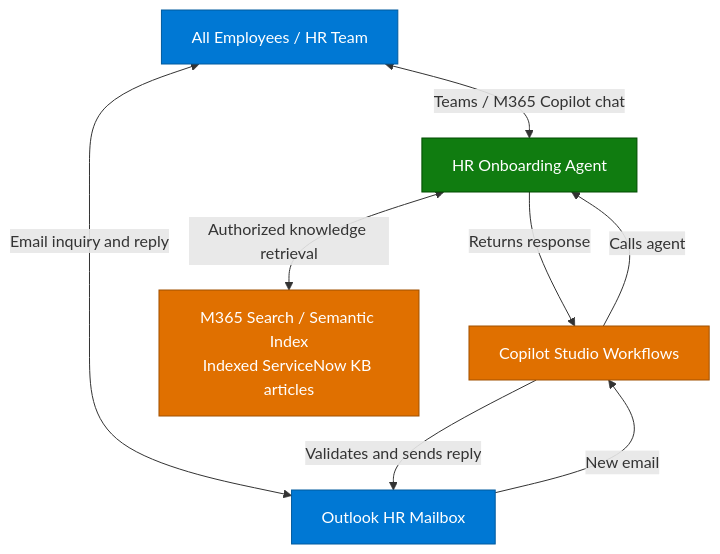
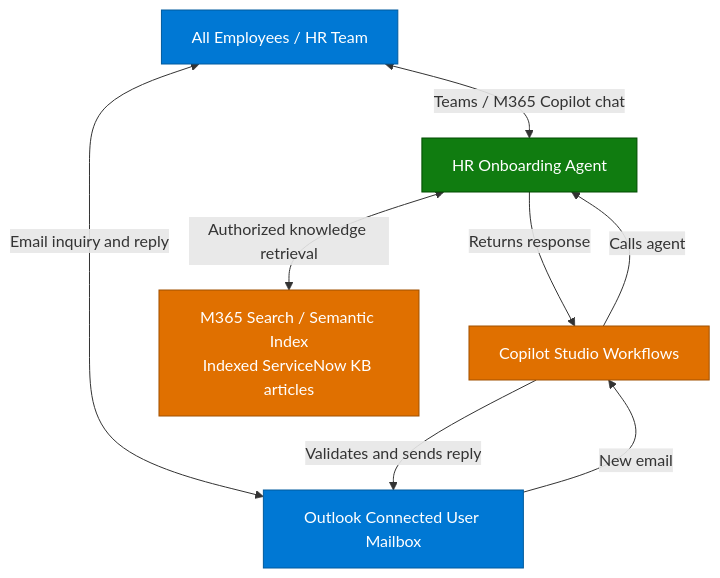
Before and after one commit to petepuu/ai-agent-runbooks: the diagram in 01-scenarios/HR-Onboarding-Agent-GHCP/1.Overview.md, drawn with Mermaid. The commit also changed other lines of this file and 9 other files, not shown here.

Commit message:
Use connected user mailbox and normal HR chat conversation

````diff
--- a/01-scenarios/HR-Onboarding-Agent-GHCP/1.Overview.md
+++ b/01-scenarios/HR-Onboarding-Agent-GHCP/1.Overview.md
@@ -52,22 +52,22 @@
 ```mermaid
 flowchart TD
     U["All Employees / HR Team"]
-    M["Outlook HR Mailbox"]
+    M["Outlook Connected User Mailbox"]
     W["Copilot Studio Workflows"]
     A["HR Onboarding Agent"]
     K["M365 Search / Semantic Index<br/>Indexed ServiceNow KB articles"]
 
     U <-->|"Teams / M365 Copilot chat"| A
     U <-->|"Email inquiry and reply"| M
     M -->|"New email"| W
     W -->|"Calls agent"| A
     A -->|"Returns response"| W
     W -->|"Validates and sends reply"| M
     A <-->|"Authorized knowledge retrieval"| K
 
     style U fill:#0078D4,color:#fff,stroke:#005A9E
     style A fill:#107C10,color:#fff,stroke:#004B00
     style K fill:#E07000,color:#fff,stroke:#A05000
     style M fill:#0078D4,color:#fff,stroke:#005A9E
     style W fill:#E07000,color:#fff,stroke:#A05000
 ```
````
